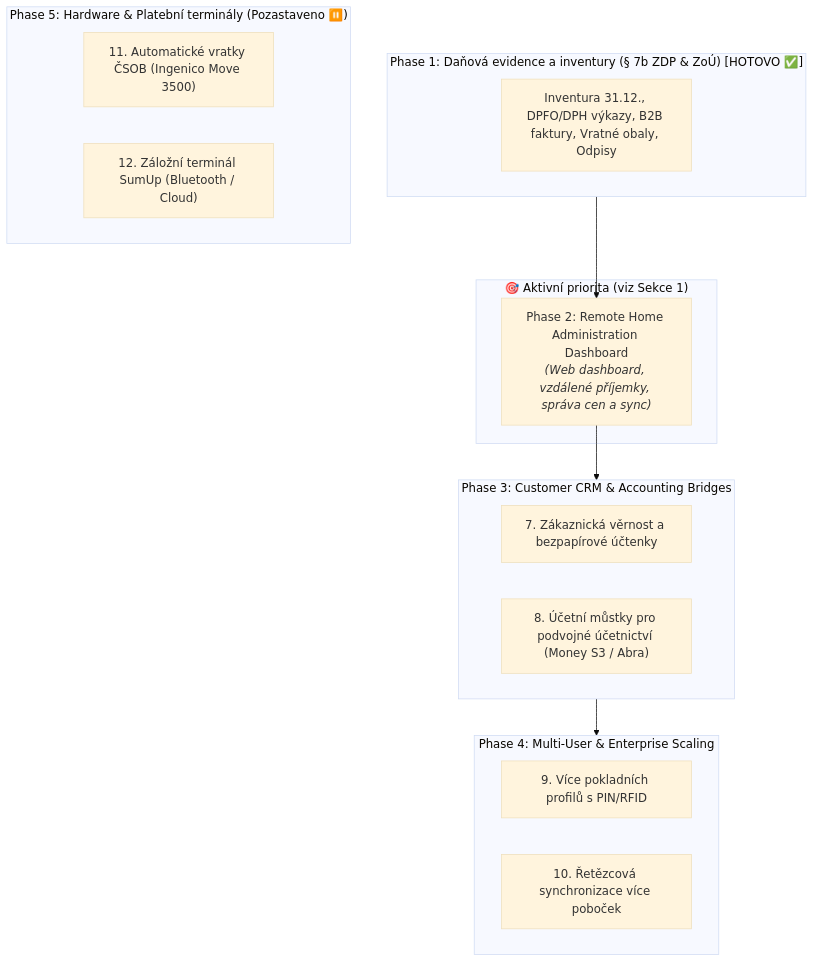
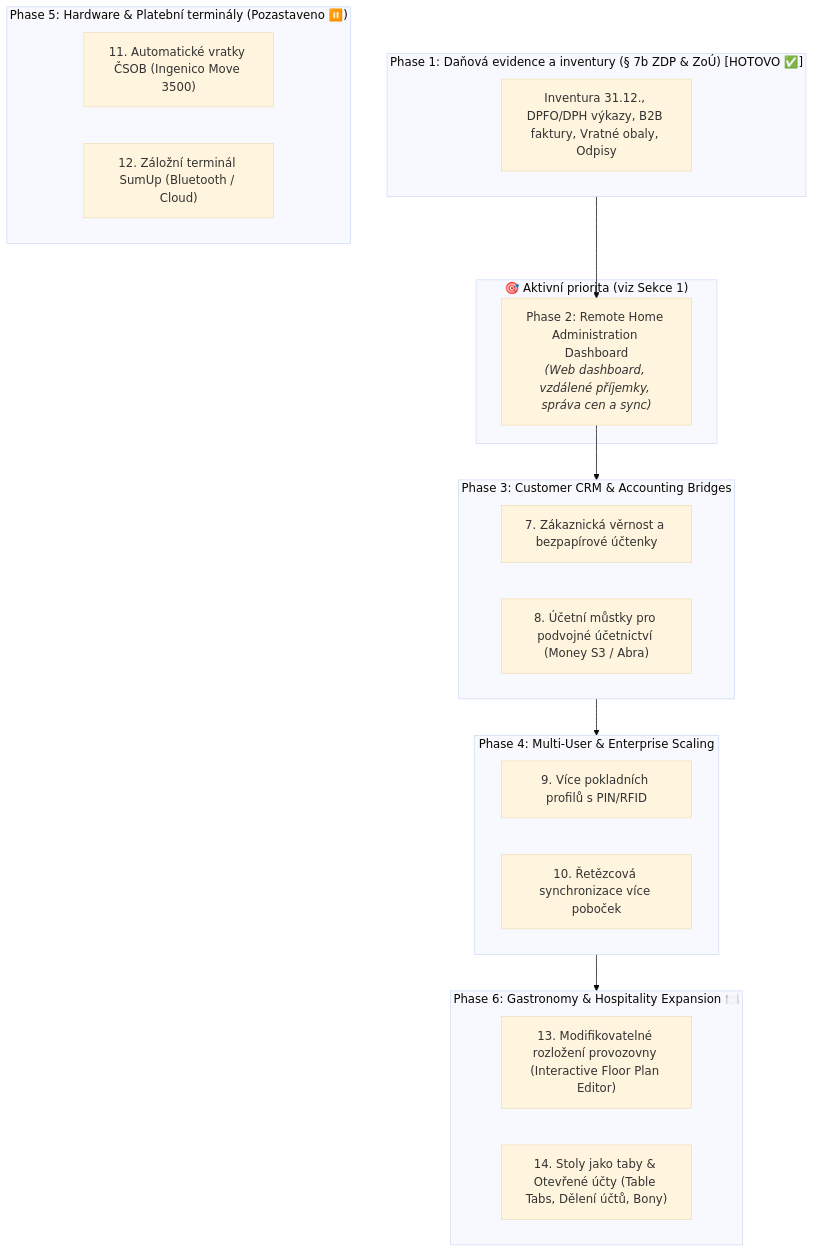
The second of 2 diagrams in docs/ROADMAP.md (MichalKhoa/pos-project), drawn with Mermaid (base theme) before and after one commit. The commit also changed other lines of this file and 28 other files, not shown here.

First line of the commit message:
docs: add gastronomy phase and prune completed plans

````diff
--- a/docs/ROADMAP.md
+++ b/docs/ROADMAP.md
@@ -55,29 +54,35 @@
 ```mermaid
 flowchart TD
     subgraph Phase1Done["Phase 1: Daňová evidence a inventury (§ 7b ZDP & ZoÚ) [HOTOVO ✅]"]
         P1Done["Inventura 31.12., DPFO/DPH výkazy, B2B faktury, Vratné obaly, Odpisy"]
     end
 
     subgraph Active["🎯 Aktivní priorita (viz Sekce 1)"]
         Phase2["Phase 2: Remote Home Administration Dashboard<br/><i>(Web dashboard, vzdálené příjemky, správa cen a sync)</i>"]
     end
 
     subgraph Phase3["Phase 3: Customer CRM & Accounting Bridges"]
         P7["7. Zákaznická věrnost a bezpapírové účtenky"]
         P8["8. Účetní můstky pro podvojné účetnictví (Money S3 / Abra)"]
     end
 
     subgraph Phase4["Phase 4: Multi-User & Enterprise Scaling"]
         P9["9. Více pokladních profilů s PIN/RFID"]
         P10["10. Řetězcová synchronizace více poboček"]
     end
 
     subgraph Phase5["Phase 5: Hardware & Platební terminály (Pozastaveno ⏸️)"]
         P11["11. Automatické vratky ČSOB (Ingenico Move 3500)"]
         P12["12. Záložní terminál SumUp (Bluetooth / Cloud)"]
     end
 
+    subgraph Phase6["Phase 6: Gastronomy & Hospitality Expansion 🍽️"]
+        P13["13. Modifikovatelné rozložení provozovny (Interactive Floor Plan Editor)"]
+        P14["14. Stoly jako taby & Otevřené účty (Table Tabs, Dělení účtů, Bony)"]
+    end
+
     Phase1Done --> Phase2
     Phase2 --> Phase3
     Phase3 --> Phase4
+    Phase4 --> Phase6
 ```
````
